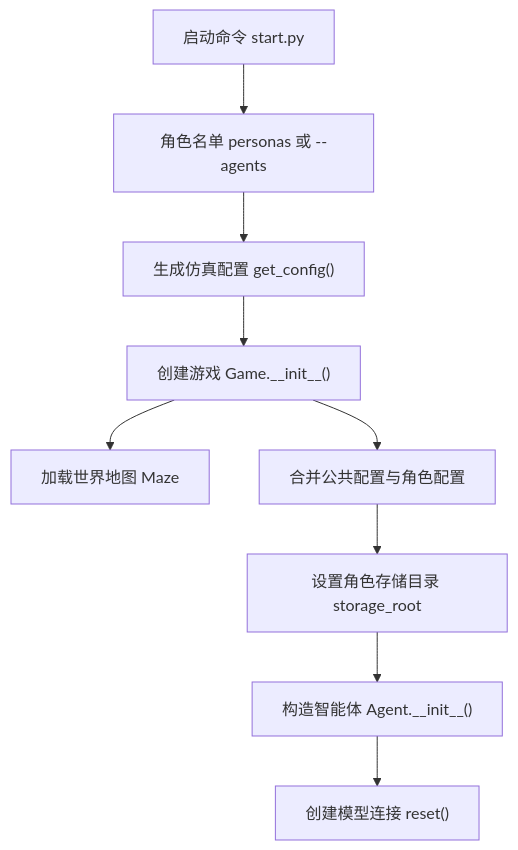
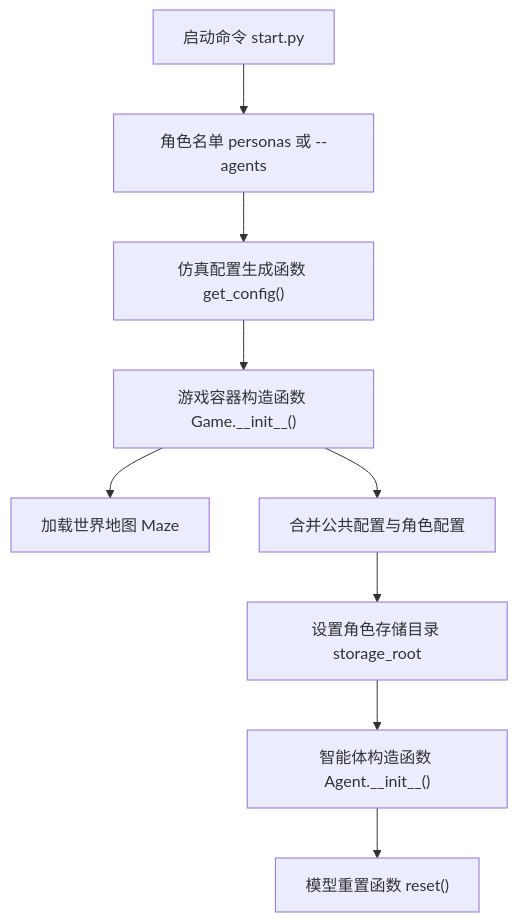
One commit to tbkken/GenerativeAgentsCN changed the second of 3 diagrams in docs/book/manuscript/part_03/chapter_15.md. Above: the diagram before and after it, drawn with Mermaid. The commit also changed other lines of this file and 33 other files, not shown here.

````diff
--- a/docs/book/manuscript/part_03/chapter_15.md
+++ b/docs/book/manuscript/part_03/chapter_15.md
@@ -312,11 +331,11 @@
 ```mermaid
 flowchart TD
     CLI["启动命令 start.py"] --> Select["角色名单 personas 或 --agents"]
-    Select --> Config["生成仿真配置 get_config()"]
-    Config --> Game["创建游戏 Game.__init__()"]
+    Select --> Config["仿真配置生成函数 get_config()"]
+    Config --> Game["游戏容器构造函数 Game.__init__()"]
     Game --> Maze["加载世界地图 Maze"]
     Game --> Merge["合并公共配置与角色配置"]
     Merge --> Storage["设置角色存储目录 storage_root"]
-    Storage --> Agent["构造智能体 Agent.__init__()"]
-    Agent --> Reset["创建模型连接 reset()"]
+    Storage --> Agent["智能体构造函数 Agent.__init__()"]
+    Agent --> Reset["模型重置函数 reset()"]
 ```
````
